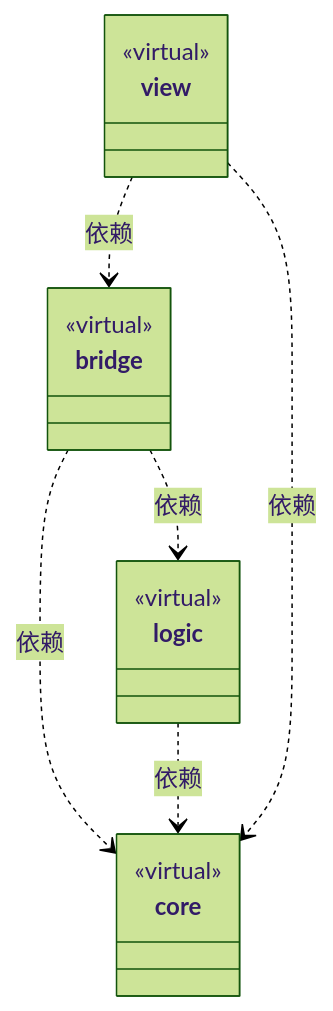
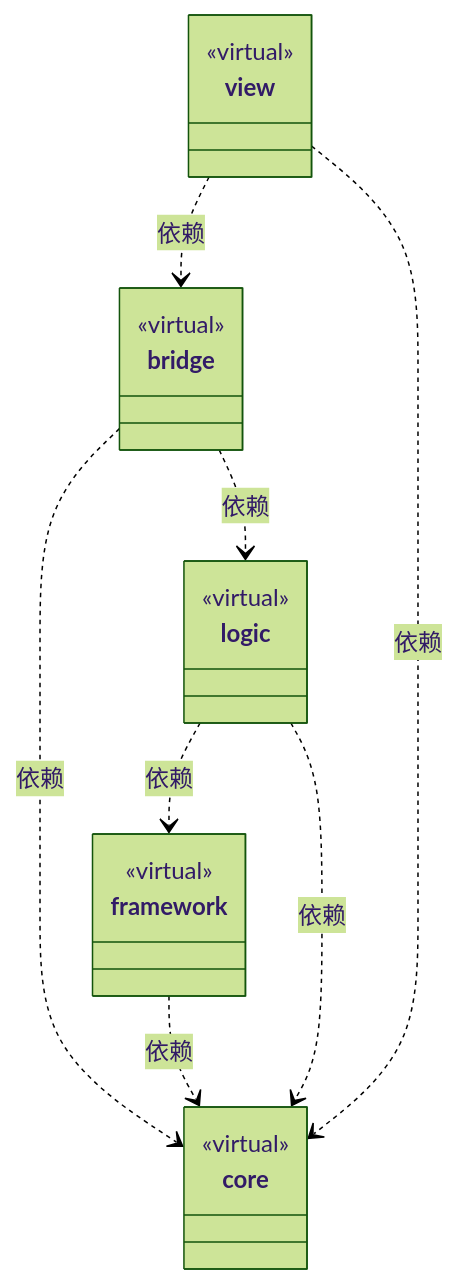
One commit to nan023062/cbim changed the diagram in src/ARCHITECTURE.md. Above: the diagram before and after it, drawn with Mermaid (forest theme). The commit also changed other lines of this file and 36 other files, not shown here.

````diff
--- a/src/ARCHITECTURE.md
+++ b/src/ARCHITECTURE.md
@@ -29,24 +29,30 @@
 ```mermaid
 classDiagram
+class N_2ac6ecef0e06["core"] {
+  <<virtual>>
+}
+click N_2ac6ecef0e06 href "core/ARCHITECTURE.md"
 class N_22a9dc163407["bridge"] {
   <<virtual>>
 }
 click N_22a9dc163407 href "bridge/ARCHITECTURE.md"
-class N_2ac6ecef0e06["core"] {
+class N_2a213dc873da["framework"] {
   <<virtual>>
 }
-click N_2ac6ecef0e06 href "core/ARCHITECTURE.md"
+click N_2a213dc873da href "framework/ARCHITECTURE.md"
 class N_8ad7653761f5["logic"] {
   <<virtual>>
 }
 click N_8ad7653761f5 href "logic/ARCHITECTURE.md"
 class N_eae847246398["view"] {
   <<virtual>>
 }
 click N_eae847246398 href "view/ARCHITECTURE.md"
 N_22a9dc163407 ..> N_2ac6ecef0e06 : 依赖
 N_22a9dc163407 ..> N_8ad7653761f5 : 依赖
+N_2a213dc873da ..> N_2ac6ecef0e06 : 依赖
 N_8ad7653761f5 ..> N_2ac6ecef0e06 : 依赖
+N_8ad7653761f5 ..> N_2a213dc873da : 依赖
 N_eae847246398 ..> N_22a9dc163407 : 依赖
 N_eae847246398 ..> N_2ac6ecef0e06 : 依赖
 ```
````
